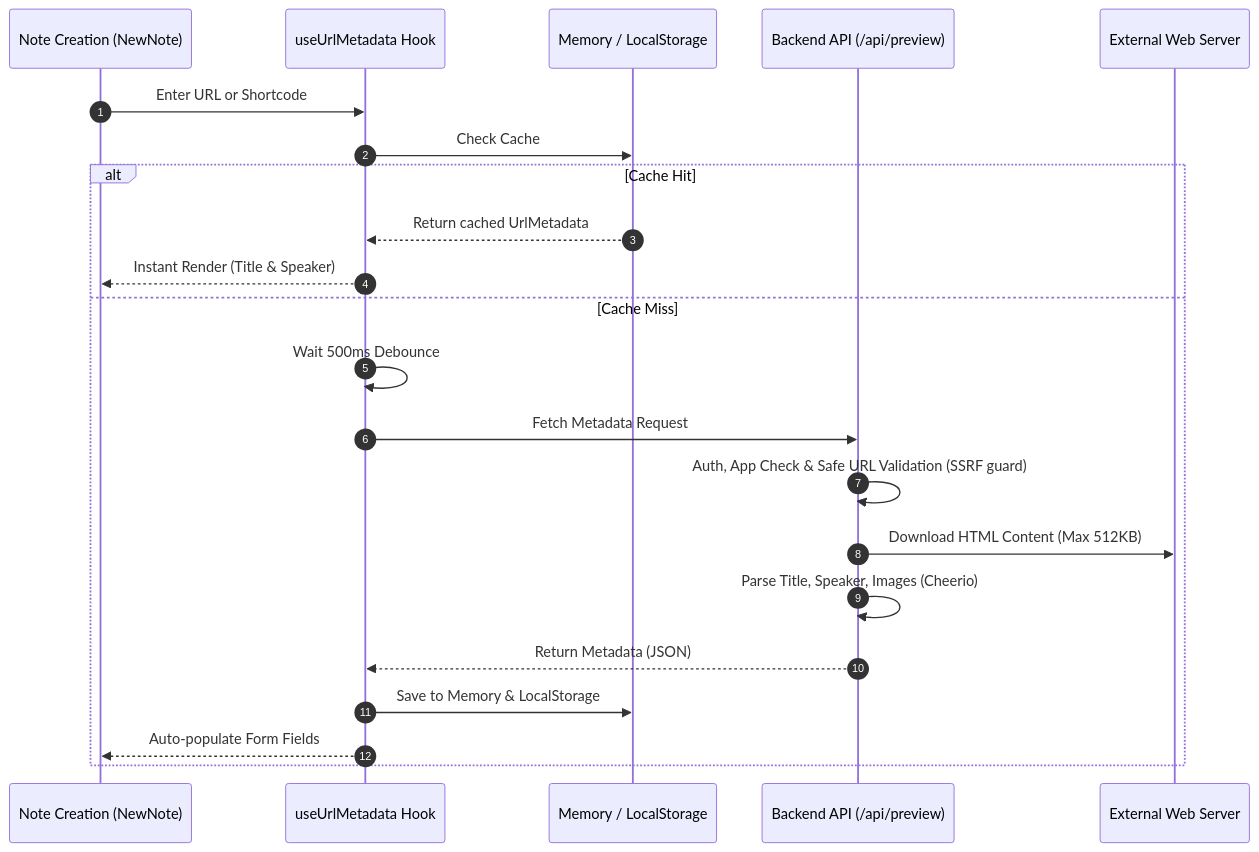
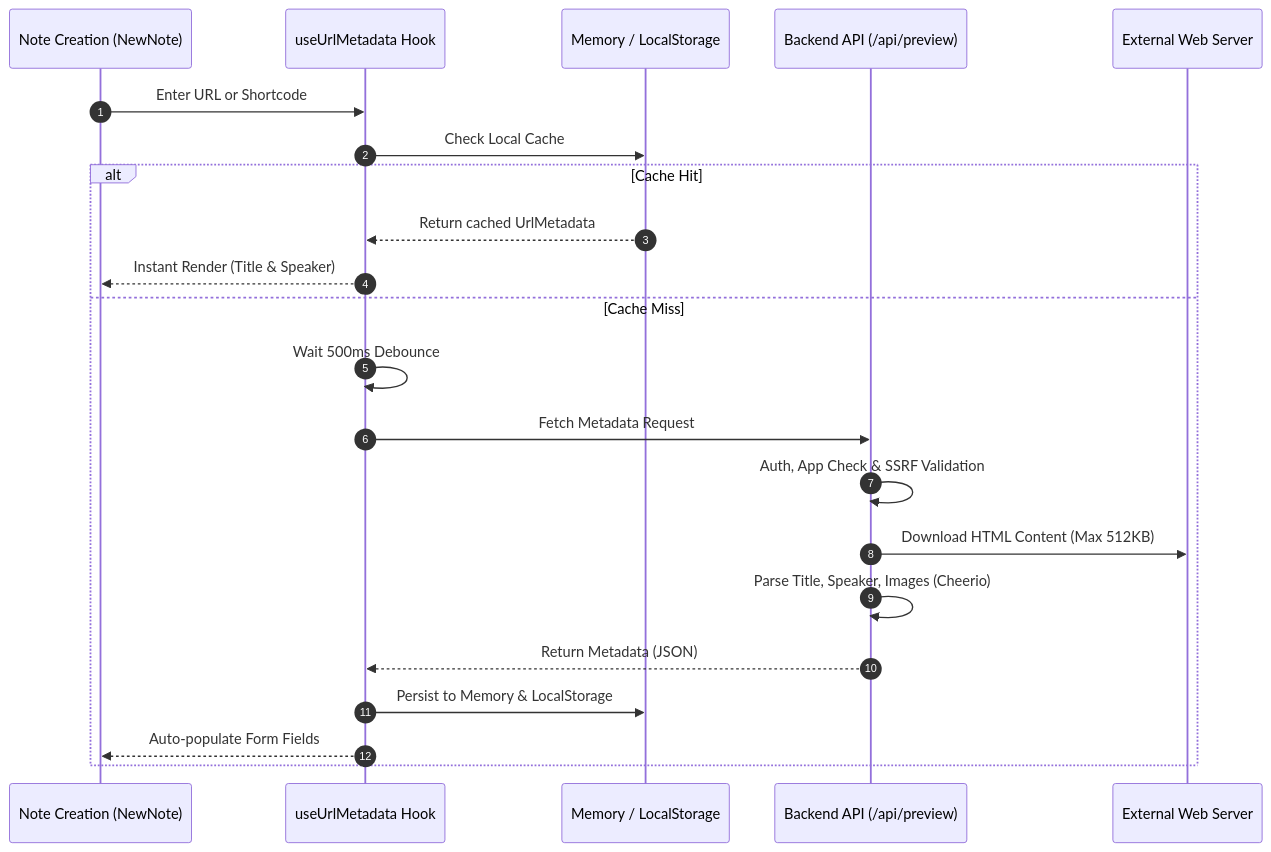
One commit to ScriptureHabit/scripture-habit changed the diagram in docs/url-metadata-extraction.md. Above: the diagram before and after it, drawn with Mermaid. The commit also changed other lines of this file and 57 other files, not shown here.

Commit message:
docs: refine documentation prose and add structured diagram breakdowns across JA and EN

````diff
--- a/docs/url-metadata-extraction.md
+++ b/docs/url-metadata-extraction.md
@@ -11,25 +11,25 @@
 ```mermaid
 sequenceDiagram
     autonumber
     participant UI as Note Creation (NewNote)
     participant Hook as useUrlMetadata Hook
     participant Cache as Memory / LocalStorage
     participant API as Backend API (/api/preview)
     participant Target as External Web Server
 
     UI->>Hook: Enter URL or Shortcode
-    Hook->>Cache: Check Cache
+    Hook->>Cache: Check Local Cache
     alt Cache Hit
         Cache-->>Hook: Return cached UrlMetadata
         Hook-->>UI: Instant Render (Title & Speaker)
     else Cache Miss
         Hook->>Hook: Wait 500ms Debounce
         Hook->>API: Fetch Metadata Request
-        API->>API: Auth, App Check & Safe URL Validation (SSRF guard)
+        API->>API: Auth, App Check & SSRF Validation
         API->>Target: Download HTML Content (Max 512KB)
         API->>API: Parse Title, Speaker, Images (Cheerio)
         API-->>Hook: Return Metadata (JSON)
-        Hook->>Cache: Save to Memory & LocalStorage
+        Hook->>Cache: Persist to Memory & LocalStorage
         Hook-->>UI: Auto-populate Form Fields
     end
 ```
````
